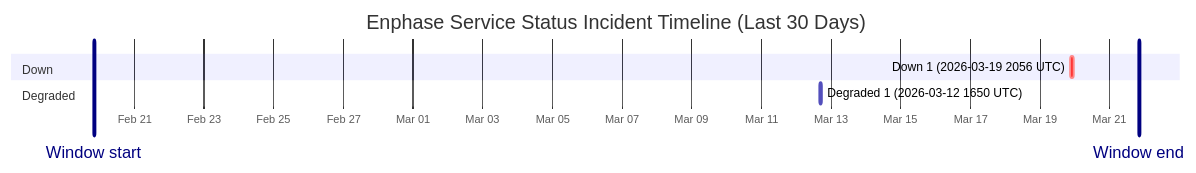
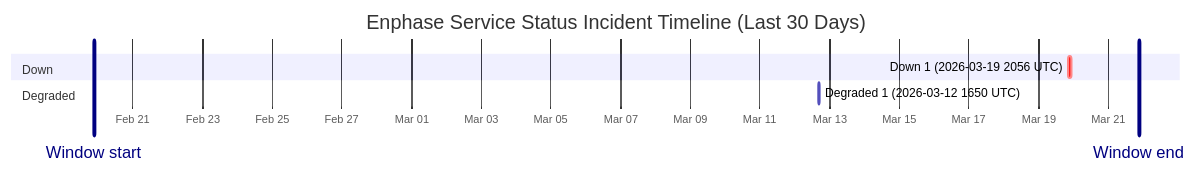
One commit to barneyonline/ha-enphase-ev-charger changed the diagram in wiki/Service-Status-History.md. Above: the diagram before and after it, drawn with Mermaid. The commit also changed other lines of this file and 3 other files, not shown here.

````diff
--- a/wiki/Service-Status-History.md
+++ b/wiki/Service-Status-History.md
@@ -14,12 +14,12 @@
 ```mermaid
 gantt
     title Enphase Service Status Incident Timeline (Last 30 Days)
     dateFormat  YYYY-MM-DDTHH:mm:ss
     axisFormat  %b %d
-    Window start :vert, window-start, 2026-02-19T20:16:01, 0ms
-    Window end :vert, window-end, 2026-03-21T20:16:01, 0ms
+    Window start :vert, window-start, 2026-02-19T21:16:12, 0ms
+    Window end :vert, window-end, 2026-03-21T21:16:12, 0ms
     section Down
     Down 1 (2026-03-19 2056 UTC) :crit, down-1, 2026-03-19T20:56:20, 145m
     section Degraded
     Degraded 1 (2026-03-12 1650 UTC) :active, degraded-1, 2026-03-12T16:50:43, 60m
 ```
````
